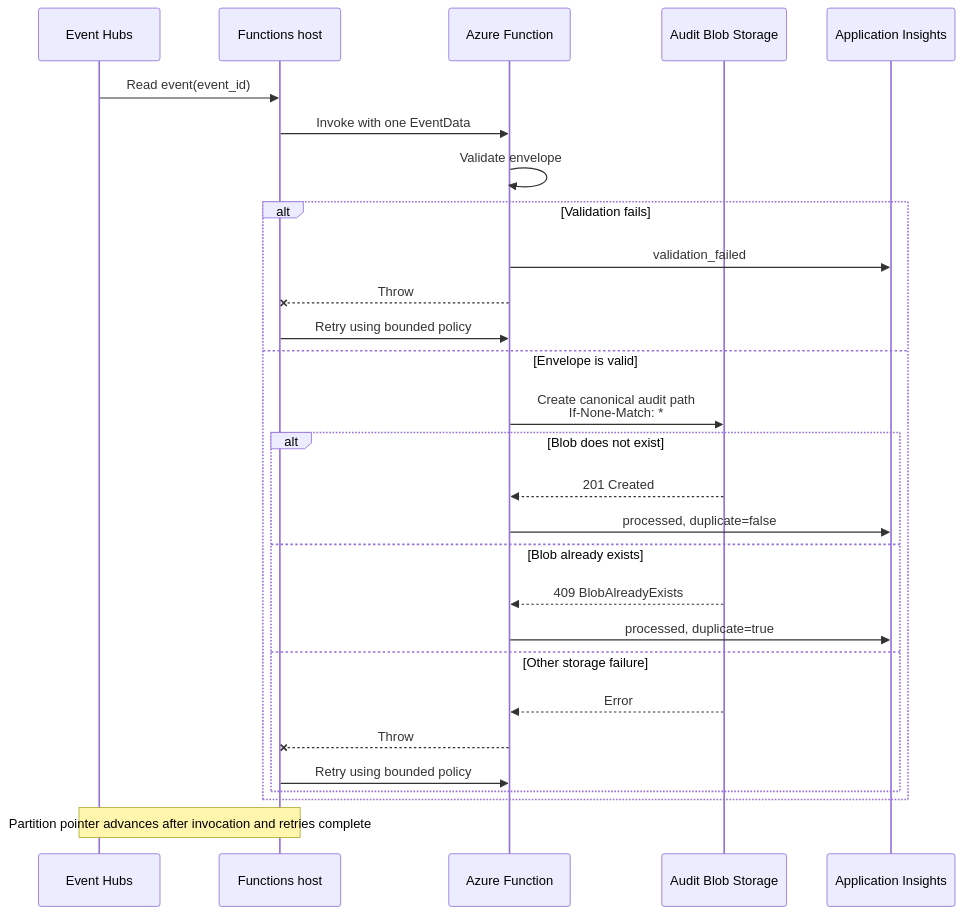
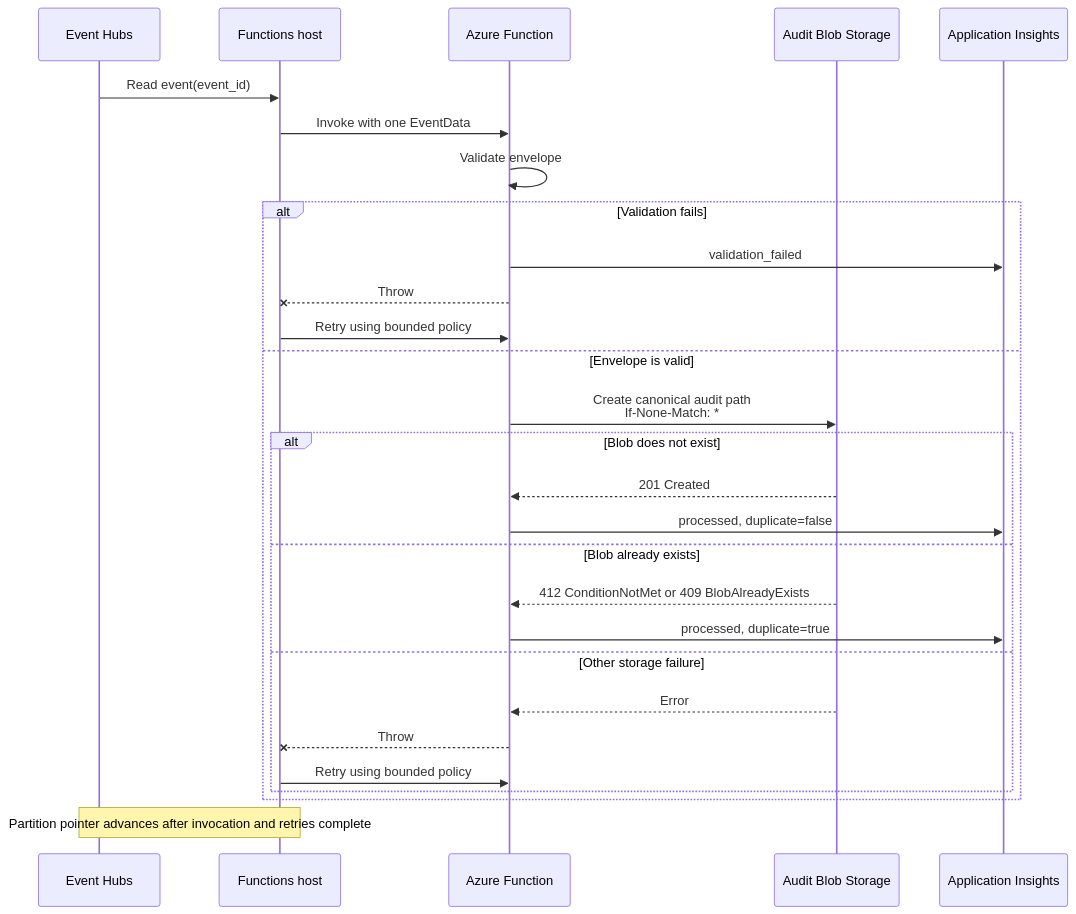
Before and after one commit to azebro/lda-lat-notification-poc: the second of 4 diagrams in architecture.md, drawn with Mermaid. The commit also changed other lines of this file and 39 other files, not shown here.

````diff
--- a/architecture.md
+++ b/architecture.md
@@ -155,31 +155,31 @@
 ```mermaid
 sequenceDiagram
     participant EH as Event Hubs
     participant Host as Functions host
     participant FN as Azure Function
     participant BS as Audit Blob Storage
     participant AI as Application Insights
 
     EH->>Host: Read event(event_id)
     Host->>FN: Invoke with one EventData
     FN->>FN: Validate envelope
     alt Validation fails
         FN->>AI: validation_failed
         FN--xHost: Throw
         Host->>FN: Retry using bounded policy
     else Envelope is valid
         FN->>BS: Create canonical audit path<br/>If-None-Match: *
         alt Blob does not exist
             BS-->>FN: 201 Created
             FN->>AI: processed, duplicate=false
         else Blob already exists
-            BS-->>FN: 409 BlobAlreadyExists
+            BS-->>FN: 412 ConditionNotMet or 409 BlobAlreadyExists
             FN->>AI: processed, duplicate=true
         else Other storage failure
             BS-->>FN: Error
             FN--xHost: Throw
             Host->>FN: Retry using bounded policy
         end
     end
     Note over Host,EH: Partition pointer advances after invocation and retries complete
 ```
````
